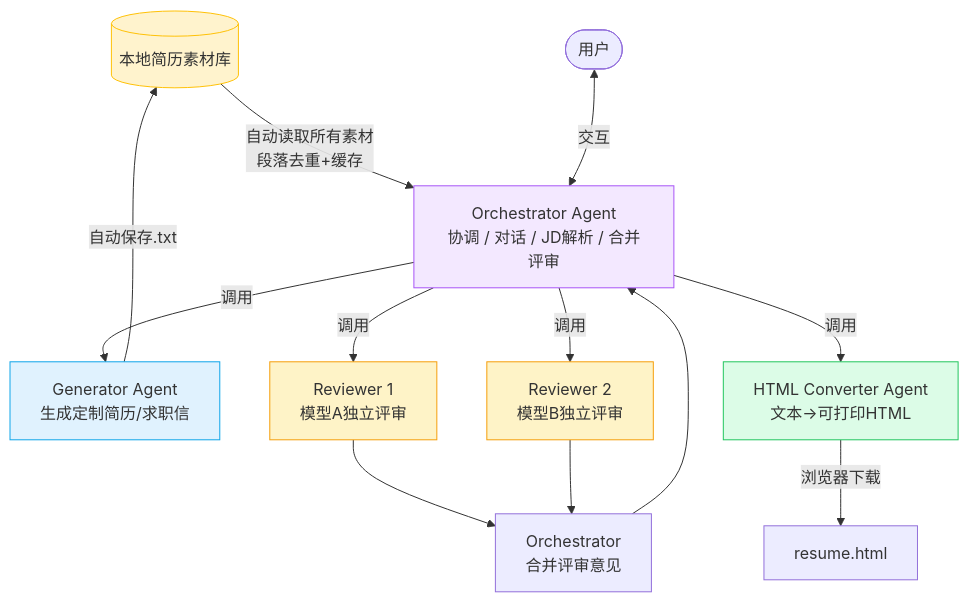
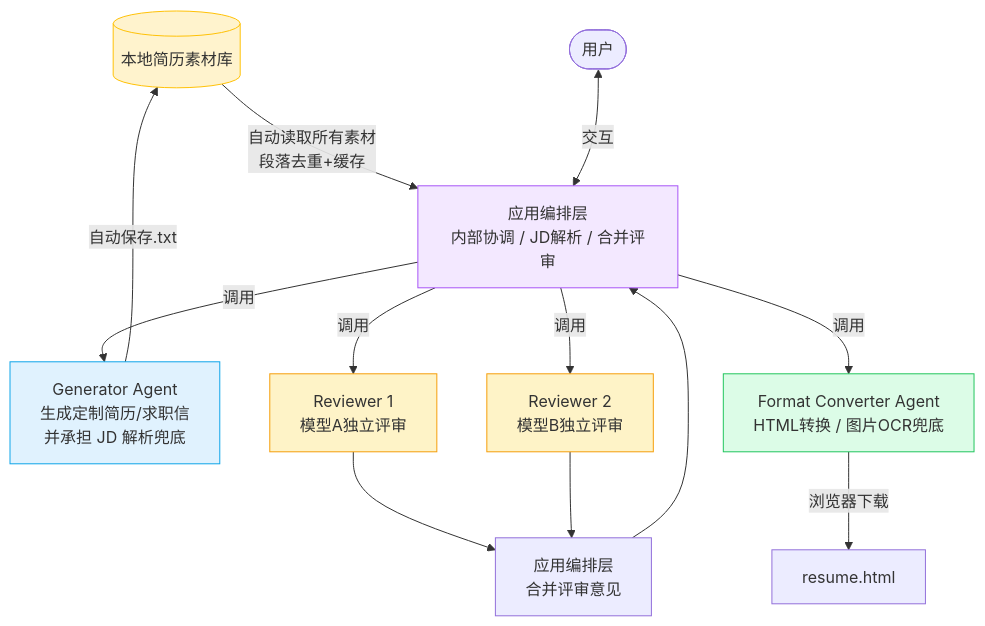
The second of 8 diagrams in README.md (wukun2005-gif/resumeTailor), drawn with Mermaid before and after one commit. The commit also changed other lines of this file and 11 other files, not shown here.

````diff
--- a/README.md
+++ b/README.md
@@ -202,25 +202,25 @@
 ```mermaid
 flowchart TD
-    LIB[(本地简历素材库)] -->|自动读取所有素材<br/>段落去重+缓存| ORCH
+    LIB[(本地简历素材库)] -->|自动读取所有素材<br/>段落去重+缓存| APP
 
-    USER([用户]) <-->|交互| ORCH["Orchestrator Agent<br/>协调 / 对话 / JD解析 / 合并评审"]
+    USER([用户]) <-->|交互| APP["应用编排层<br/>内部协调 / JD解析 / 合并评审"]
 
-    ORCH -->|调用| GEN["Generator Agent<br/>生成定制简历/求职信"]
-    ORCH -->|调用| REV1["Reviewer 1<br/>模型A独立评审"]
-    ORCH -->|调用| REV2["Reviewer 2<br/>模型B独立评审"]
-    ORCH -->|调用| HTMLA["HTML Converter Agent<br/>文本→可打印HTML"]
+    APP -->|调用| GEN["Generator Agent<br/>生成定制简历/求职信<br/>并承担 JD 解析兜底"]
+    APP -->|调用| REV1["Reviewer 1<br/>模型A独立评审"]
+    APP -->|调用| REV2["Reviewer 2<br/>模型B独立评审"]
+    APP -->|调用| HTMLA["Format Converter Agent<br/>HTML转换 / 图片OCR兜底"]
 
-    REV1 --> MERGE["Orchestrator<br/>合并评审意见"]
+    REV1 --> MERGE["应用编排层<br/>合并评审意见"]
     REV2 --> MERGE
-    MERGE --> ORCH
+    MERGE --> APP
 
     GEN -->|自动保存.txt| LIB
     HTMLA -->|浏览器下载| DL["resume.html"]
 
     style LIB fill:#fff3cd,stroke:#ffc107
-    style ORCH fill:#f3e8ff,stroke:#a855f7
+    style APP fill:#f3e8ff,stroke:#a855f7
     style GEN fill:#e0f2fe,stroke:#0ea5e9
     style REV1 fill:#fef3c7,stroke:#f59e0b
     style REV2 fill:#fef3c7,stroke:#f59e0b
     style HTMLA fill:#dcfce7,stroke:#22c55e
 ```
````
